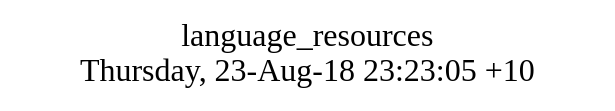
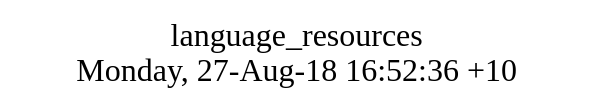
The diagram in src/language_resources/struct.dot (AplaProject/apps), drawn with Graphviz before and after one commit. The commit also changed 6 other files, not shown here.

```diff
--- a/src/language_resources/struct.dot
+++ b/src/language_resources/struct.dot
@@ -1,8 +1,8 @@
 digraph G {
 fontsize="24";
-label="language_resources\nThursday, 23-Aug-18 23:23:05 +10";
+label="language_resources\nMonday, 27-Aug-18 16:52:36 +10";
 nojustify=true;
 ordering=out;
 rankdir=LR;
 size="30";
 }
```
